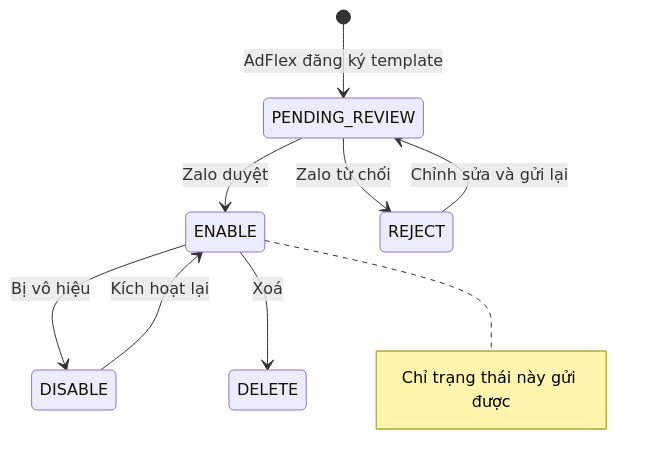
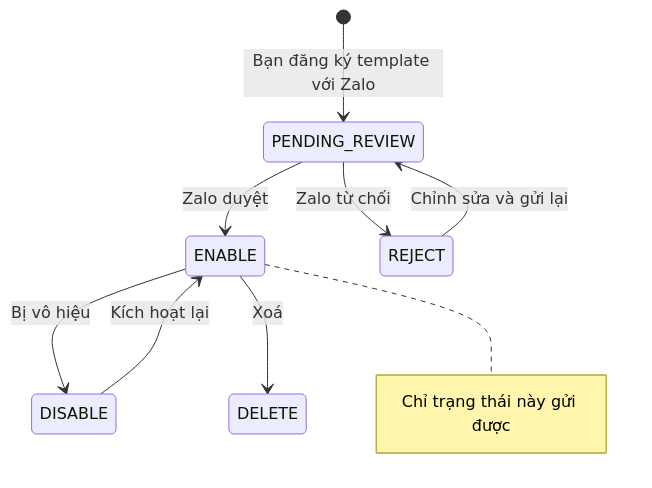
Before and after one commit to savegate/docs-zns: the diagram in guides/templates.mdx, drawn with Mermaid. The commit also changed other lines of this file and 5 other files, not shown here.

````diff
--- a/guides/templates.mdx
+++ b/guides/templates.mdx
@@ -65,13 +68,13 @@
 ```mermaid
 stateDiagram-v2
-    [*] --> PENDING_REVIEW: AdFlex đăng ký template
+    [*] --> PENDING_REVIEW: Bạn đăng ký template với Zalo
     PENDING_REVIEW --> ENABLE: Zalo duyệt
     PENDING_REVIEW --> REJECT: Zalo từ chối
     REJECT --> PENDING_REVIEW: Chỉnh sửa và gửi lại
     ENABLE --> DISABLE: Bị vô hiệu
     DISABLE --> ENABLE: Kích hoạt lại
     ENABLE --> DELETE: Xoá
     note right of ENABLE
         Chỉ trạng thái này gửi được
     end note
 ```
````
